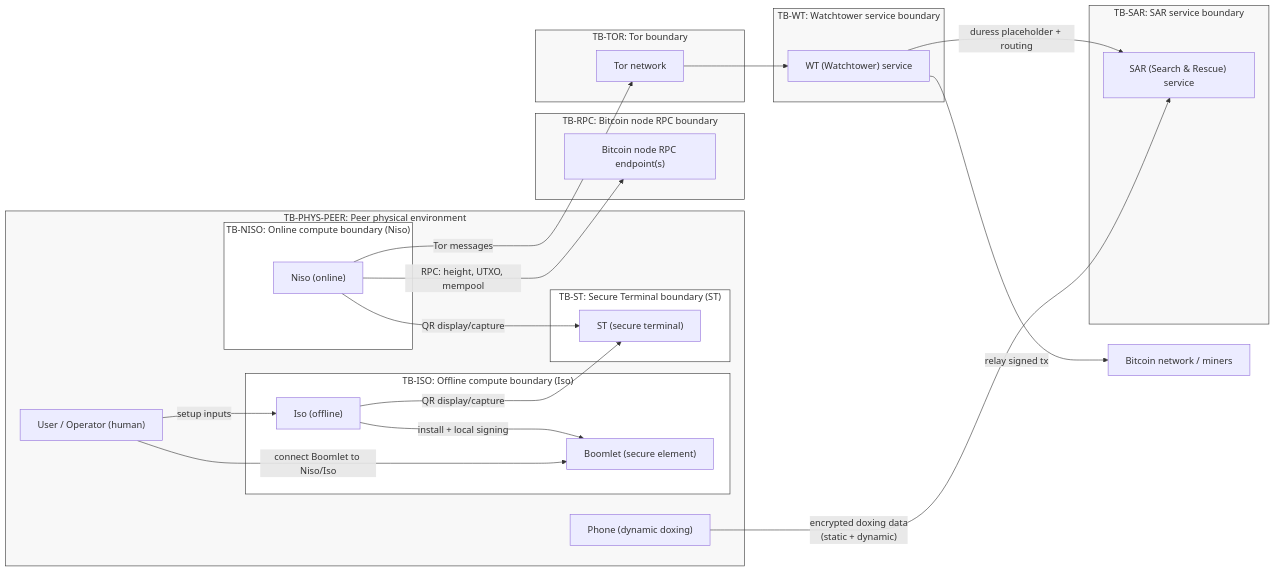
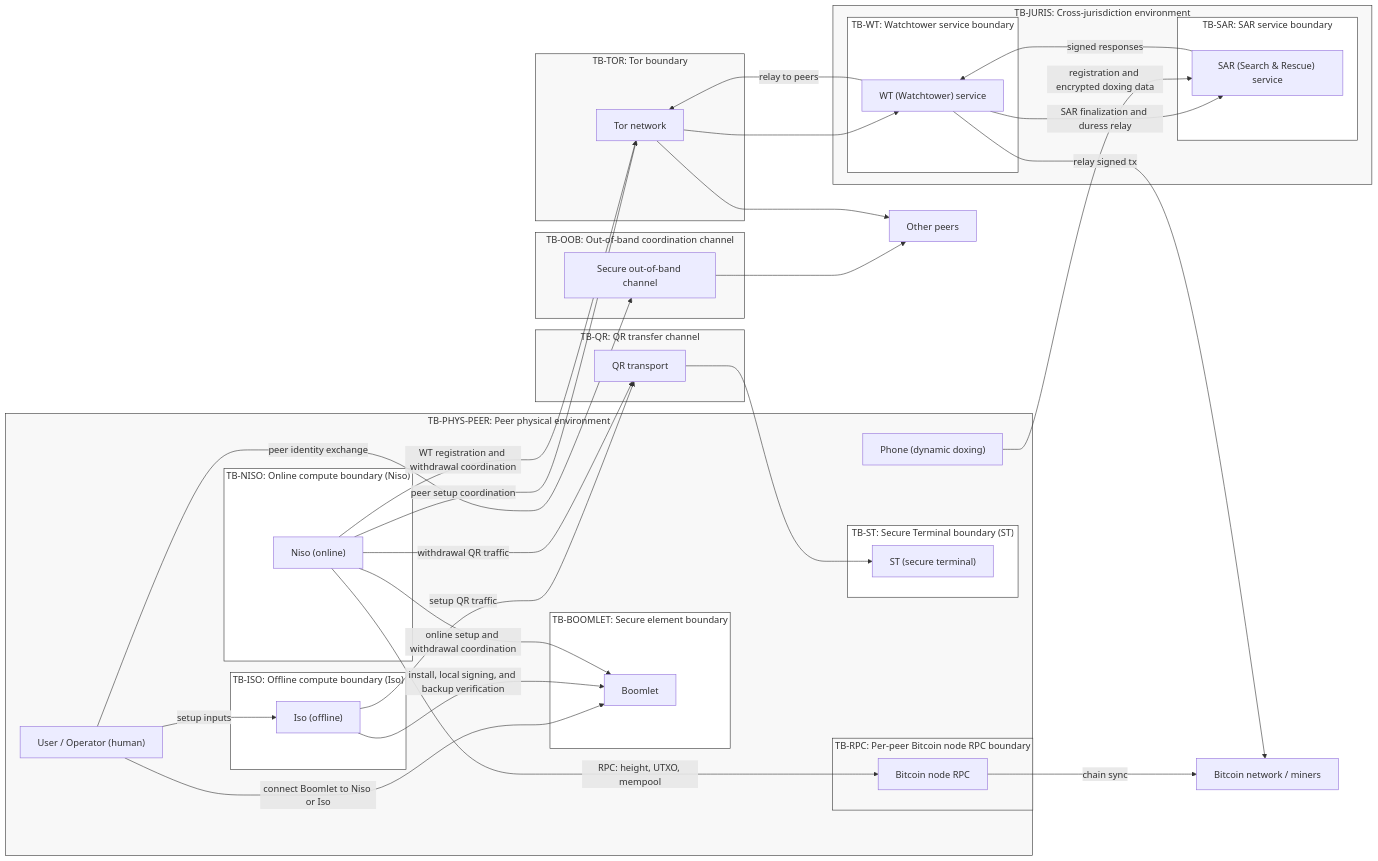
Before and after one commit to bitryonix/boomerang_design: the first of 8 diagrams in security_models/README.md, drawn with Mermaid. The commit also changed other lines of this file and 9 other files, not shown here.

````diff
--- a/security_models/README.md
+++ b/security_models/README.md
@@ -257,21 +216,28 @@
 flowchart LR
   %% External actors / networks (not a single trust boundary)
   BTC["Bitcoin network / miners"]
+  PEERS["Other peers"]
+
+  subgraph OOBB["TB-OOB: Out-of-band coordination channel"]
+    OOB["Secure out-of-band channel"]
+  end
+
+  subgraph QRB["TB-QR: QR transfer channel"]
+    QR["QR transport"]
+  end
 
   subgraph TORB["TB-TOR: Tor boundary"]
     TOR["Tor network"]
   end
 
-  subgraph RPCB["TB-RPC: Bitcoin node RPC boundary"]
-    NODE["Bitcoin node RPC endpoint(s)"]
-  end
+  subgraph JURB["TB-JURIS: Cross-jurisdiction environment"]
+    subgraph WTB["TB-WT: Watchtower service boundary"]
+      WT["WT (Watchtower) service"]
+    end
 
-  subgraph WTB["TB-WT: Watchtower service boundary"]
-    WT["WT (Watchtower) service"]
-  end
-
-  subgraph SARB["TB-SAR: SAR service boundary"]
-    SAR["SAR (Search & Rescue) service"]
+    subgraph SARB["TB-SAR: SAR service boundary"]
+      SAR["SAR (Search & Rescue) service"]
+    end
   end
 
   subgraph PEER["TB-PHYS-PEER: Peer physical environment"]
@@ -279,7 +245,10 @@
 
     subgraph OFF["TB-ISO: Offline compute boundary (Iso)"]
       ISO["Iso (offline)"]
-      BOOM["Boomlet (secure element)"]
+    end
+
+    subgraph BOOMB["TB-BOOMLET: Secure element boundary"]
+      BOOM["Boomlet"]
     end
 
     subgraph STB["TB-ST: Secure Terminal boundary (ST)"]
@@ -290,30 +259,50 @@
       NISO["Niso (online)"]
     end
 
+    subgraph RPCB["TB-RPC: Per-peer Bitcoin node RPC boundary"]
+      NODE["Bitcoin node RPC"]
+    end
+
     PHONE["Phone (dynamic doxing)"]
   end
 
   USER -- "setup inputs" --> ISO
-  ISO -- "install + local signing" --> BOOM
-  ISO -- "QR display/capture" --> ST
-  NISO -- "QR display/capture" --> ST
-  USER -- "connect Boomlet to Niso/Iso" --> BOOM
+  USER -- "connect Boomlet to Niso or Iso" --> BOOM
 
-  NISO -- "Tor messages" --> TOR
+  ISO -- "install, local signing, and backup verification" --> BOOM
+  NISO -- "online setup and withdrawal coordination" --> BOOM
+
+  USER -- "peer identity exchange" --> OOB
+  OOB --> PEERS
+
+  ISO -- "setup QR traffic" --> QR
+  NISO -- "withdrawal QR traffic" --> QR
+  QR --> ST
+
+  NISO -- "peer setup coordination" --> TOR
+  TOR --> PEERS
+  NISO -- "WT registration and withdrawal coordination" --> TOR
   TOR --> WT
   NISO -- "RPC: height, UTXO, mempool" --> NODE
+  NODE -- "chain sync" --> BTC
 
   WT -- "relay signed tx" --> BTC
-  WT -- "duress placeholder + routing" --> SAR
-  PHONE -- "encrypted doxing data\n(static + dynamic)" --> SAR
+  WT -- "relay to peers" --> TOR
+  WT -- "SAR finalization and duress relay" --> SAR
+  SAR -- "signed responses" --> WT
+  PHONE -- "registration and encrypted doxing data" --> SAR
 
   %% Styling for boundary boxes
+  style OOBB fill:#f8f8f8,stroke:#333,stroke-width:1px
+  style QRB fill:#f8f8f8,stroke:#333,stroke-width:1px
   style TORB fill:#f8f8f8,stroke:#333,stroke-width:1px
   style RPCB fill:#f8f8f8,stroke:#333,stroke-width:1px
-  style WTB fill:#f8f8f8,stroke:#333,stroke-width:1px
-  style SARB fill:#f8f8f8,stroke:#333,stroke-width:1px
+  style JURB fill:#f8f8f8,stroke:#333,stroke-width:1px
+  style WTB fill:#ffffff,stroke:#333,stroke-width:1px
+  style SARB fill:#ffffff,stroke:#333,stroke-width:1px
   style PEER fill:#f8f8f8,stroke:#333,stroke-width:1px
   style OFF fill:#ffffff,stroke:#333,stroke-width:1px
+  style BOOMB fill:#ffffff,stroke:#333,stroke-width:1px
   style STB fill:#ffffff,stroke:#333,stroke-width:1px
   style ON fill:#ffffff,stroke:#333,stroke-width:1px
 ```
````
